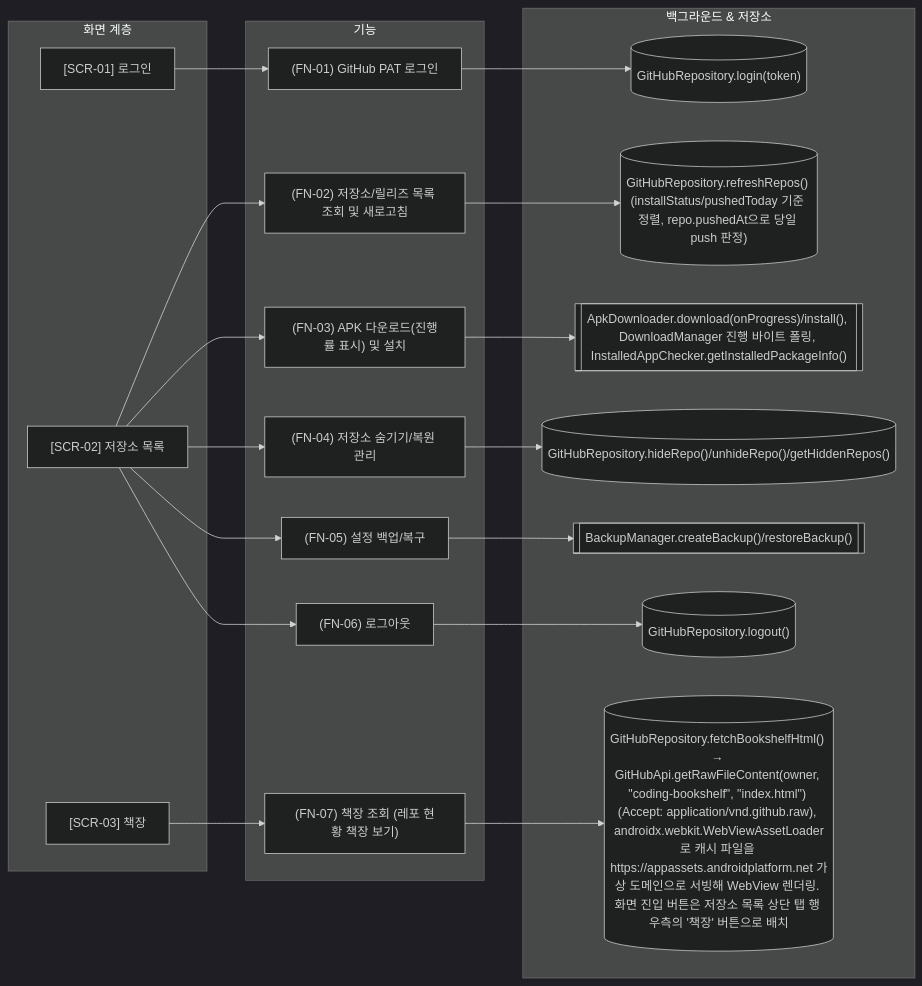
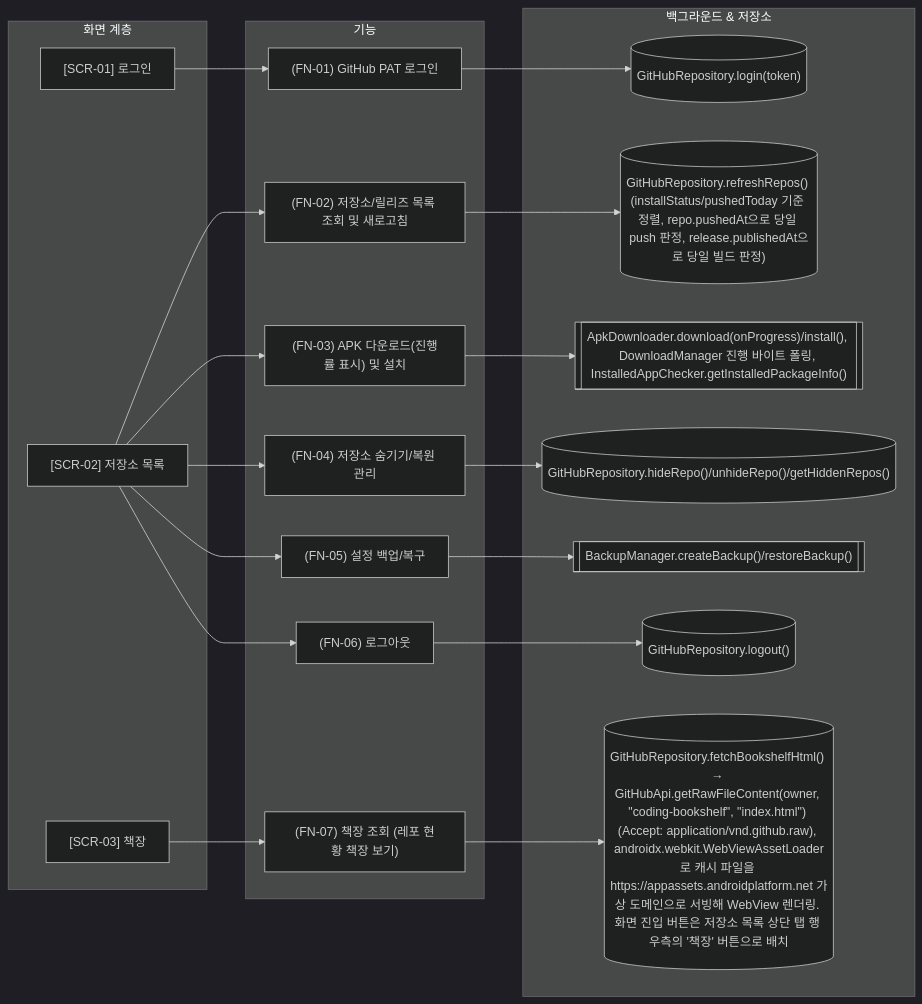
Before and after one commit to joahani3/apkchecker: the diagram in ARCHITECTURE.md, drawn with Mermaid (dark theme). The commit also changed other lines of this file and 2 other files, not shown here.

Commit message:
Log 3.21 APK/TODAY tab rework in project history [skip ci]

````diff
--- a/ARCHITECTURE.md
+++ b/ARCHITECTURE.md
@@ -27,43 +27,43 @@
 ```mermaid
 graph LR
     subgraph Screens ["화면 계층"]
         SCR-01["[SCR-01] 로그인"]
         SCR-02["[SCR-02] 저장소 목록"]
         SCR-03["[SCR-03] 책장"]
     end
 
     subgraph Features ["기능"]
         FN-01["(FN-01) GitHub PAT 로그인"]
         FN-02["(FN-02) 저장소/릴리즈 목록 조회 및 새로고침"]
         FN-03["(FN-03) APK 다운로드(진행률 표시) 및 설치"]
         FN-04["(FN-04) 저장소 숨기기/복원 관리"]
         FN-05["(FN-05) 설정 백업/복구"]
         FN-06["(FN-06) 로그아웃"]
         FN-07["(FN-07) 책장 조회 (레포 현황 책장 보기)"]
     end
 
     subgraph DataService ["백그라운드 &amp; 저장소"]
         FN-01_DATA[("GitHubRepository.login(token)")]
-        FN-02_DATA[("GitHubRepository.refreshRepos() (installStatus/pushedToday 기준 정렬, repo.pushedAt으로 당일 push 판정)")]
+        FN-02_DATA[("GitHubRepository.refreshRepos() (installStatus/pushedToday 기준 정렬, repo.pushedAt으로 당일 push 판정, release.publishedAt으로 당일 빌드 판정)")]
         FN-03_DATA[["ApkDownloader.download(onProgress)/install(), DownloadManager 진행 바이트 폴링, InstalledAppChecker.getInstalledPackageInfo()"]]
         FN-04_DATA[("GitHubRepository.hideRepo()/unhideRepo()/getHiddenRepos()")]
         FN-05_DATA[["BackupManager.createBackup()/restoreBackup()"]]
         FN-06_DATA[("GitHubRepository.logout()")]
         FN-07_DATA[("GitHubRepository.fetchBookshelfHtml() → GitHubApi.getRawFileContent(owner, &quot;coding-bookshelf&quot;, &quot;index.html&quot;) (Accept: application/vnd.github.raw), androidx.webkit.WebViewAssetLoader로 캐시 파일을 https://appassets.androidplatform.net 가상 도메인으로 서빙해 WebView 렌더링. 화면 진입 버튼은 저장소 목록 상단 탭 행 우측의 '책장' 버튼으로 배치")]
     end
 
     SCR-01 --> FN-01
     FN-01 --> FN-01_DATA
     SCR-02 --> FN-02
     FN-02 --> FN-02_DATA
     SCR-02 --> FN-03
     FN-03 --> FN-03_DATA
     SCR-02 --> FN-04
     FN-04 --> FN-04_DATA
     SCR-02 --> FN-05
     FN-05 --> FN-05_DATA
     SCR-02 --> FN-06
     FN-06 --> FN-06_DATA
     SCR-03 --> FN-07
     FN-07 --> FN-07_DATA
 ```
````
